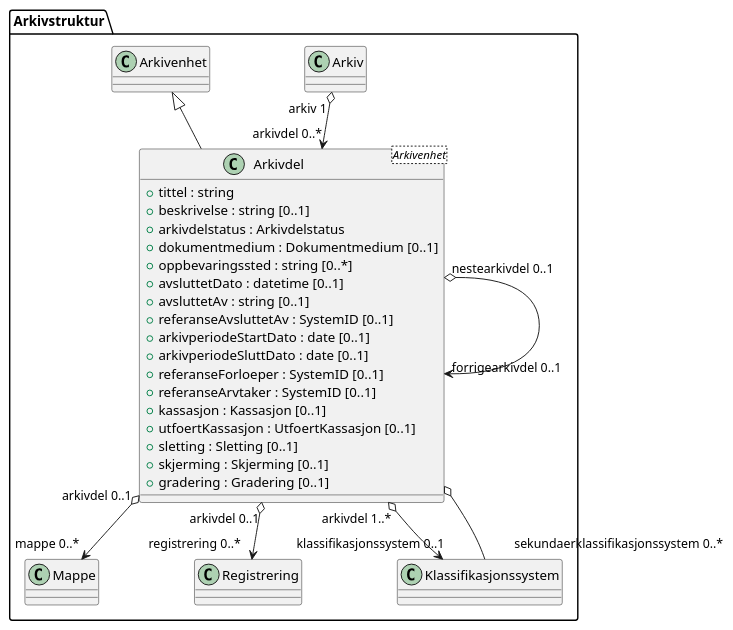
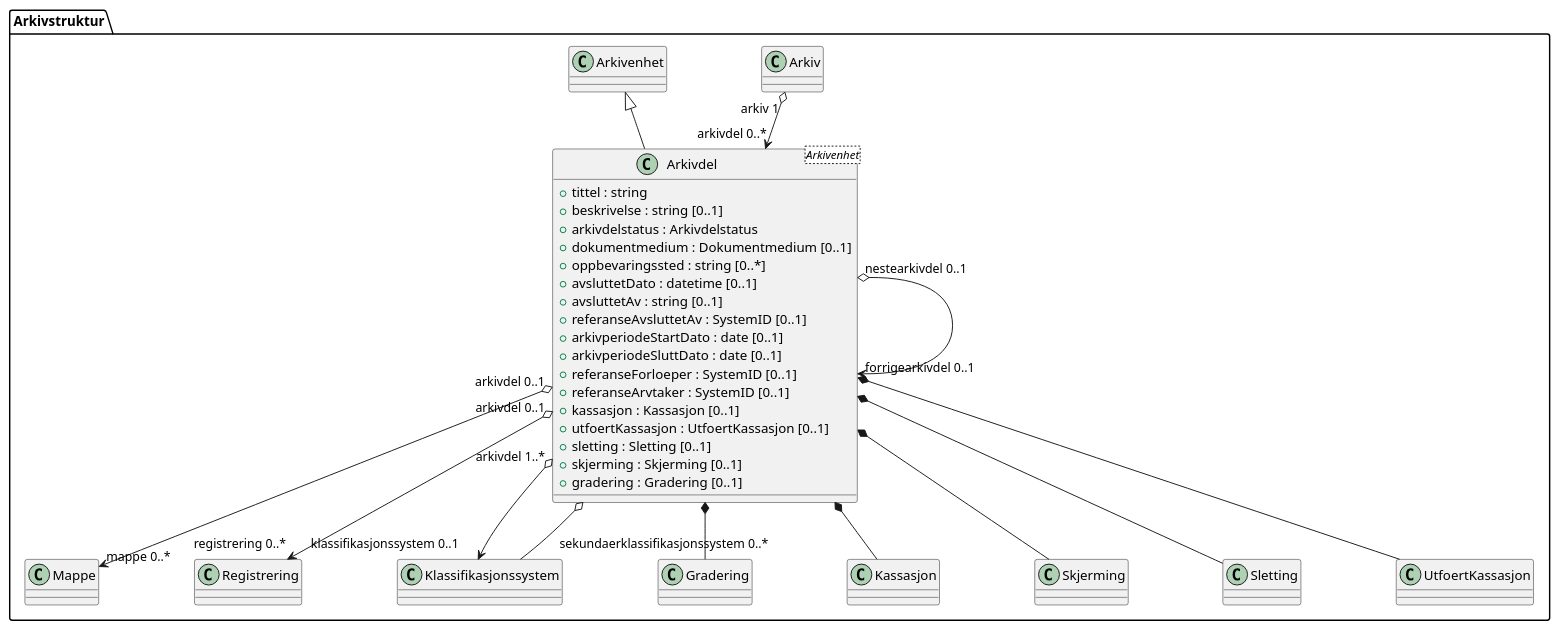
Before and after one commit to arkivverket/noark5-tjenestegrensesnitt-standard: the diagram in kapitler/media/uml-class-arkivdel.puml, drawn with PlantUML. The commit also changed 12 other files, not shown here.

Commit message:
Oppdater UML-diagram med relasjon til innbakte entiteter.

```diff
--- a/kapitler/media/uml-class-arkivdel.puml
+++ b/kapitler/media/uml-class-arkivdel.puml
@@ -1,29 +1,34 @@
 @startuml
 skinparam nodesep 100
 class Arkivstruktur.Arkivdel <Arkivenhet> {
   +tittel : string
   +beskrivelse : string [0..1]
   +arkivdelstatus : Arkivdelstatus
   +dokumentmedium : Dokumentmedium [0..1]
   +oppbevaringssted : string [0..*]
   +avsluttetDato : datetime [0..1]
   +avsluttetAv : string [0..1]
   +referanseAvsluttetAv : SystemID [0..1]
   +arkivperiodeStartDato : date [0..1]
   +arkivperiodeSluttDato : date [0..1]
   +referanseForloeper : SystemID [0..1]
   +referanseArvtaker : SystemID [0..1]
   +kassasjon : Kassasjon [0..1]
   +utfoertKassasjon : UtfoertKassasjon [0..1]
   +sletting : Sletting [0..1]
   +skjerming : Skjerming [0..1]
   +gradering : Gradering [0..1]
 }
 Arkivstruktur.Arkiv "arkiv 1" o--> "arkivdel 0..*" Arkivstruktur.Arkivdel
 Arkivstruktur.Arkivdel "arkivdel 0..1" o--> "mappe 0..*" Arkivstruktur.Mappe
 Arkivstruktur.Arkivdel "arkivdel 0..1" o--> "registrering 0..*" Arkivstruktur.Registrering
 Arkivstruktur.Arkivdel "arkivdel 1..*" o--> "klassifikasjonssystem 0..1" Arkivstruktur.Klassifikasjonssystem
 Arkivstruktur.Arkivdel "nestearkivdel 0..1" o--> "forrigearkivdel 0..1" Arkivstruktur.Arkivdel
+Arkivstruktur.Arkivdel *-- Arkivstruktur.Gradering
+Arkivstruktur.Arkivdel *-- Arkivstruktur.Kassasjon
+Arkivstruktur.Arkivdel *-- Arkivstruktur.Skjerming
+Arkivstruktur.Arkivdel *-- Arkivstruktur.Sletting
+Arkivstruktur.Arkivdel *-- Arkivstruktur.UtfoertKassasjon
 Arkivstruktur.Arkivdel o-- "sekundaerklassifikasjonssystem 0..*" Arkivstruktur.Klassifikasjonssystem
 Arkivstruktur.Arkivenhet <|-- Arkivstruktur.Arkivdel
 @enduml
```
